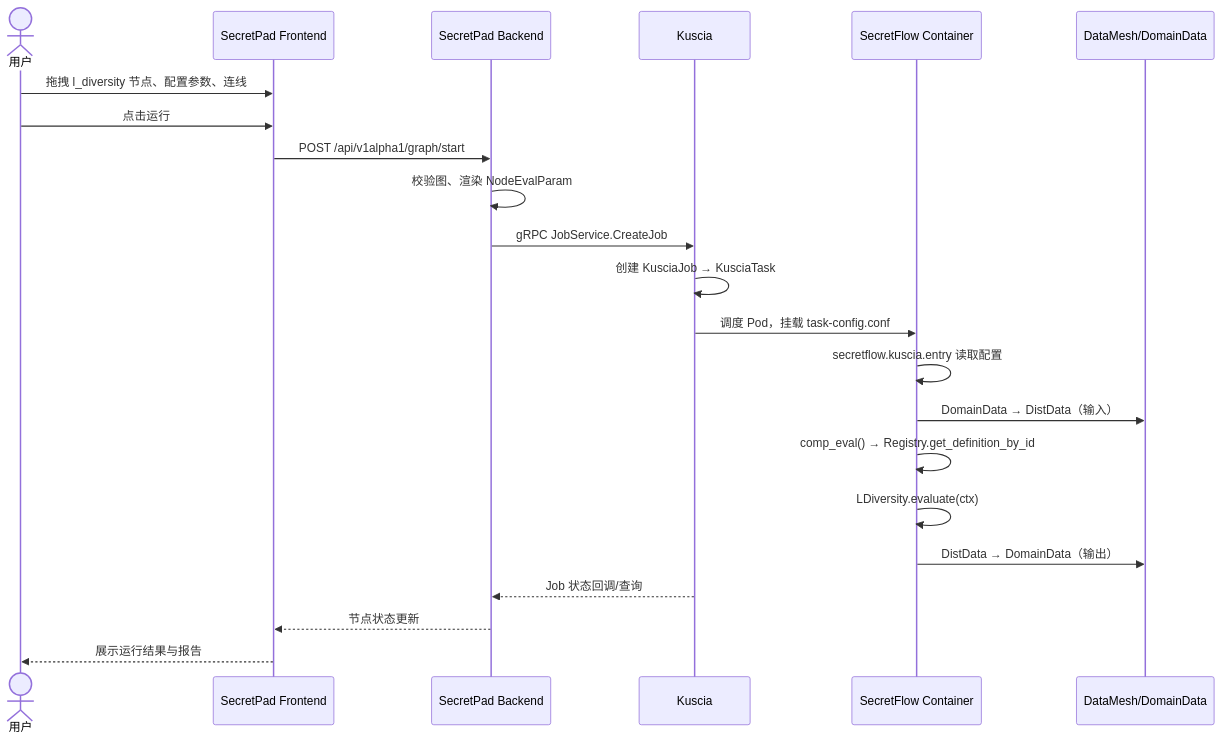
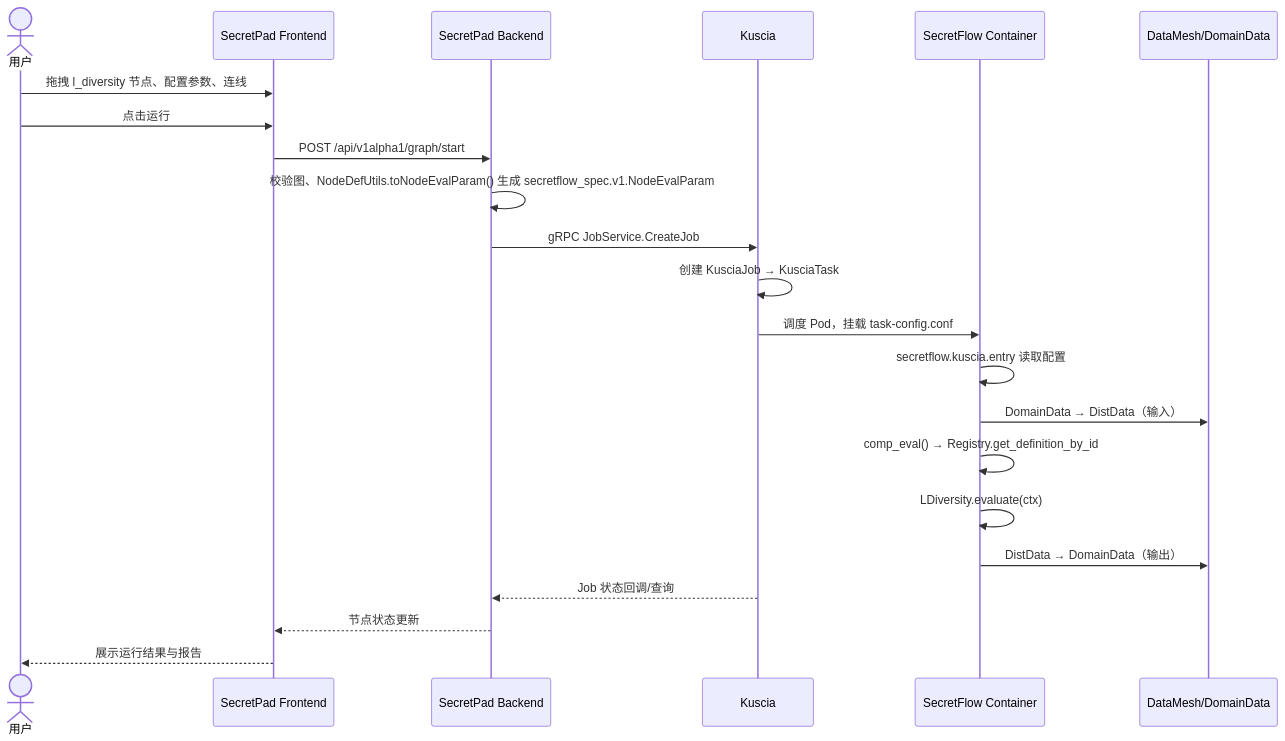
The diagram in docs/privacy-component-lld.md (fengzhizi319/sfwork), drawn with Mermaid before and after one commit. The commit also changed other lines of this file and 8 other files, not shown here.

Commit message:
docs: align docs with recent NodeEvalParam, Dockerfile and frontend template changes

````diff
--- a/docs/privacy-component-lld.md
+++ b/docs/privacy-component-lld.md
@@ -1059,25 +1068,25 @@
 ```mermaid
 sequenceDiagram
     actor U as 用户
     participant F as SecretPad Frontend
     participant B as SecretPad Backend
     participant K as Kuscia
     participant C as SecretFlow Container
     participant D as DataMesh/DomainData
 
     U->>F: 拖拽 l_diversity 节点、配置参数、连线
     U->>F: 点击运行
     F->>B: POST /api/v1alpha1/graph/start
-    B->>B: 校验图、渲染 NodeEvalParam
+    B->>B: 校验图、NodeDefUtils.toNodeEvalParam() 生成 secretflow_spec.v1.NodeEvalParam
     B->>K: gRPC JobService.CreateJob
     K->>K: 创建 KusciaJob → KusciaTask
     K->>C: 调度 Pod，挂载 task-config.conf
     C->>C: secretflow.kuscia.entry 读取配置
     C->>D: DomainData → DistData（输入）
     C->>C: comp_eval() → Registry.get_definition_by_id
     C->>C: LDiversity.evaluate(ctx)
     C->>D: DistData → DomainData（输出）
     K-->>B: Job 状态回调/查询
     B-->>F: 节点状态更新
     F-->>U: 展示运行结果与报告
 ```
````
